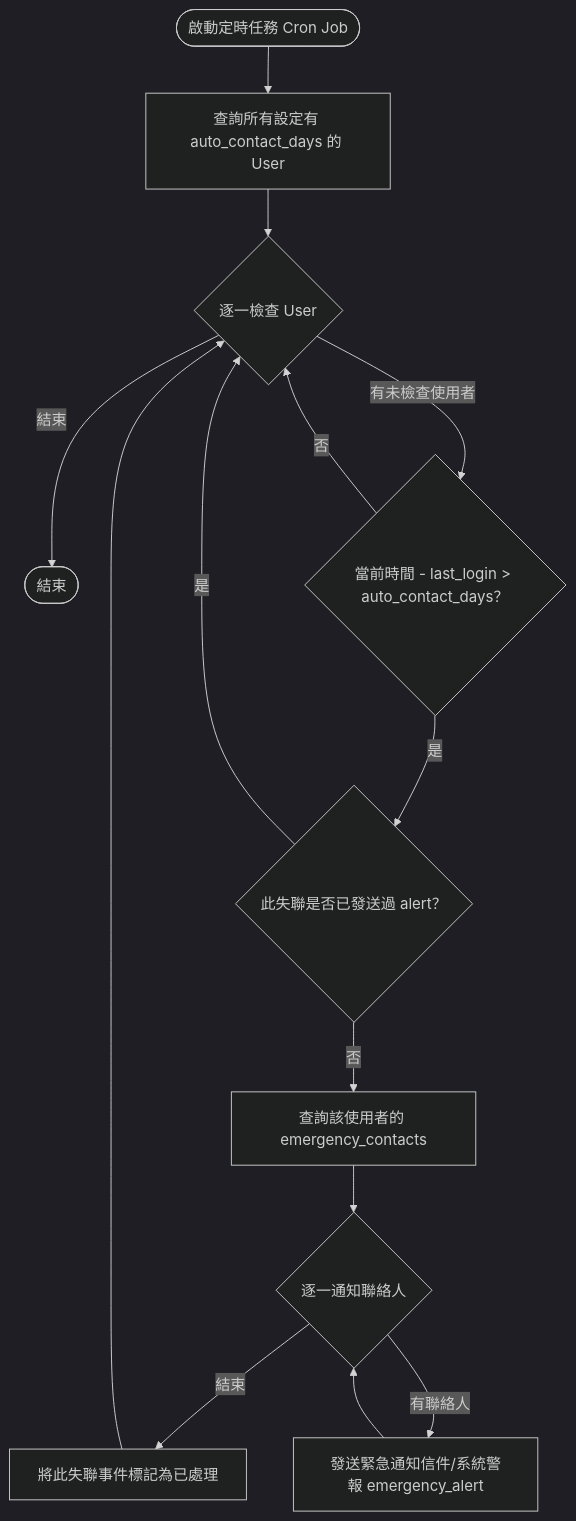
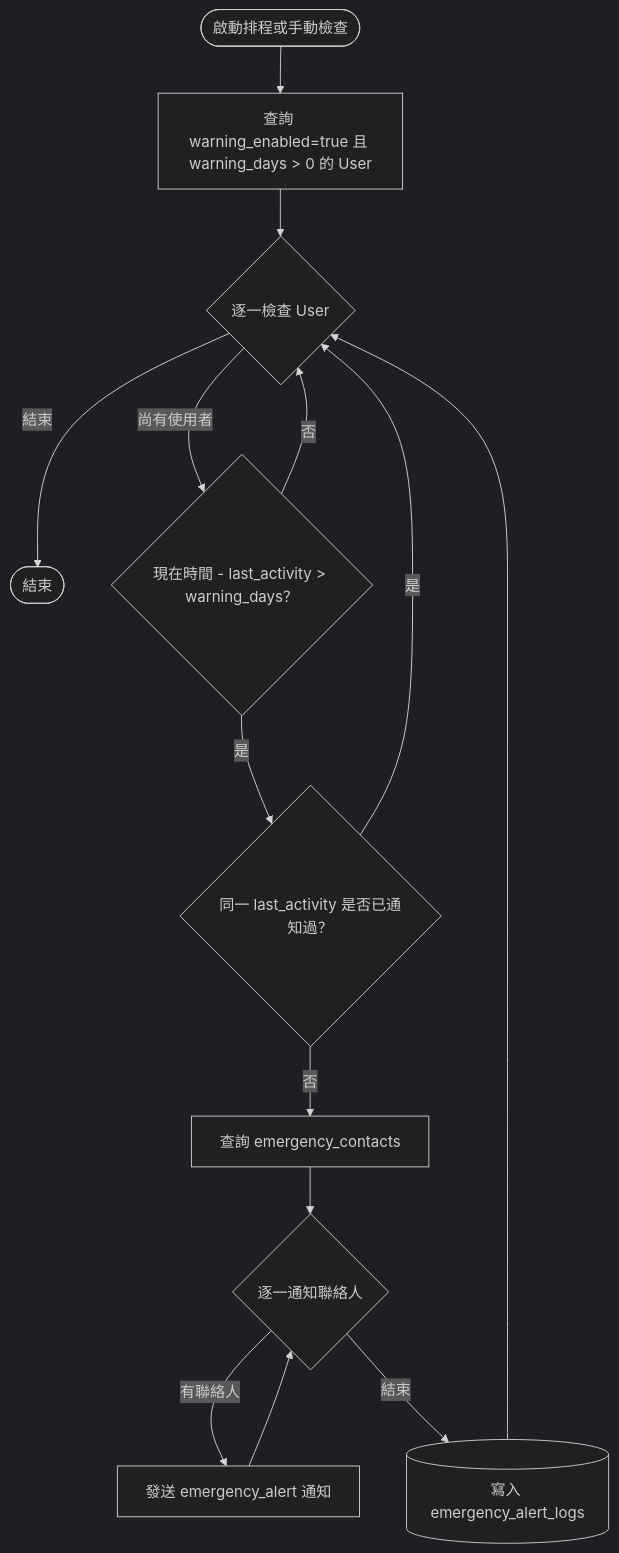
One commit to nearcsie/near-chat changed the fifth of 5 diagrams in docs/report-3.md. Above: the diagram before and after it, drawn with Mermaid (dark theme). The commit also changed other lines of this file and 1 other file, not shown here.

Commit message:
docs:update report-3 and er-diagram picture

````diff
--- a/docs/report-3.md
+++ b/docs/report-3.md
@@ -305,19 +379,19 @@
 ```mermaid
 flowchart TD
-    Start([啟動定時任務 Cron Job]) --> GetActiveUsers[查詢所有設定有 auto_contact_days 的 User]
+    Start([啟動排程或手動檢查]) --> GetActiveUsers[查詢 warning_enabled=true 且 warning_days > 0 的 User]
     GetActiveUsers --> LoopUsers{逐一檢查 User}
-    
+
     LoopUsers -- 結束 --> End([結束])
-    LoopUsers -- 有未檢查使用者 --> CheckInactivity{當前時間 - last_login > auto_contact_days？}
-    
+    LoopUsers -- 尚有使用者 --> CheckInactivity{現在時間 - last_activity > warning_days？}
+
     CheckInactivity -- 否 --> LoopUsers
-    CheckInactivity -- 是 --> CheckAlreadyAlerted{此失聯是否已發送過 alert？}
-    
+    CheckInactivity -- 是 --> CheckAlreadyAlerted{同一 last_activity 是否已通知過？}
+
     CheckAlreadyAlerted -- 是 --> LoopUsers
-    CheckAlreadyAlerted -- 否 --> FetchContacts[查詢該使用者的 emergency_contacts]
+    CheckAlreadyAlerted -- 否 --> FetchContacts[查詢 emergency_contacts]
     FetchContacts --> LoopContacts{逐一通知聯絡人}
-    
-    LoopContacts -- 結束 --> MarkAlerted[將此失聯事件標記為已處理] --> LoopUsers
-    LoopContacts -- 有聯絡人 --> SendAlert[發送緊急通知信件/系統警報 emergency_alert]
+
+    LoopContacts -- 有聯絡人 --> SendAlert[發送 emergency_alert 通知]
     SendAlert --> LoopContacts
+    LoopContacts -- 結束 --> InsertLog[(寫入 emergency_alert_logs)] --> LoopUsers
 ```
````
